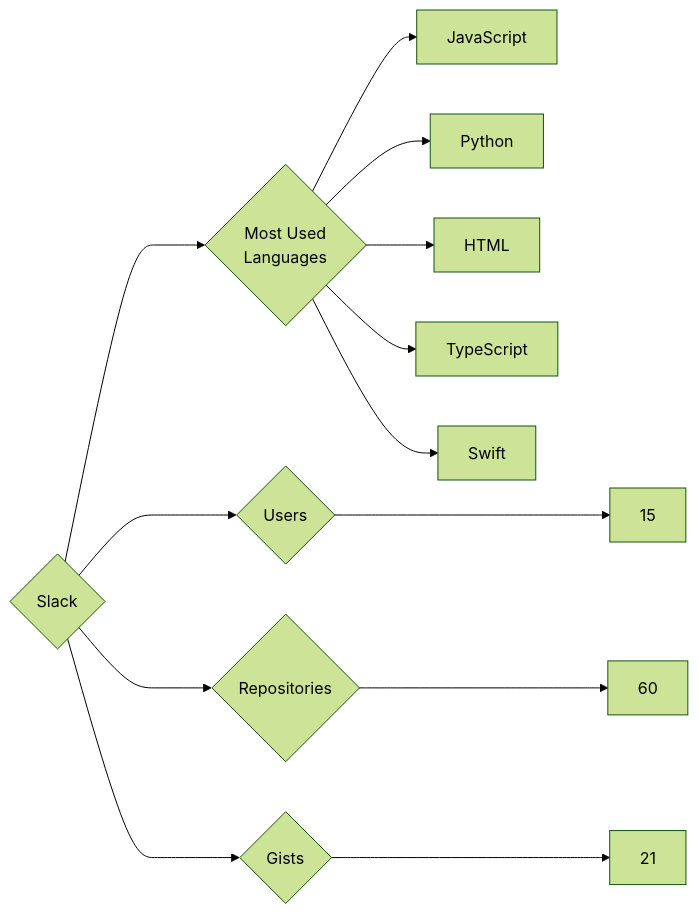
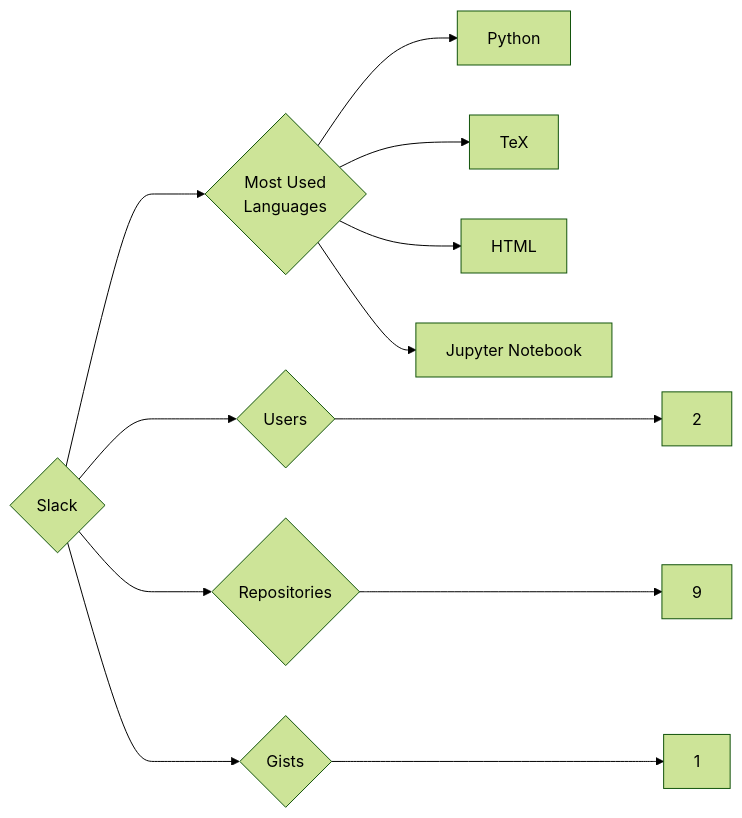
One commit to trickest/insiders changed the diagram in targets/Slack/README.md. Above: the diagram before and after it, drawn with Mermaid (forest theme). The commit also changed 444 other files, not shown here.

````diff
--- a/targets/Slack/README.md
+++ b/targets/Slack/README.md
@@ -3,13 +3,12 @@
 ```mermaid
 graph LR
 COMPANY_NAME{Slack}
-COMPANY_NAME ---> U{Users} ---> UN[15]
-COMPANY_NAME ---> R{Repositories} ---> RN[60]
-COMPANY_NAME ---> G{Gists} ---> GN[21]
+COMPANY_NAME ---> U{Users} ---> UN[2]
+COMPANY_NAME ---> R{Repositories} ---> RN[9]
+COMPANY_NAME ---> G{Gists} ---> GN[1]
 COMPANY_NAME ---> ML{Most Used<br>Languages}
-ML --> JavaScript[JavaScript]
 ML --> Python[Python]
+ML --> TeX[TeX]
 ML --> HTML[HTML]
-ML --> TypeScript[TypeScript]
-ML --> Swift[Swift]
+ML --> Jupyter_Notebook[Jupyter Notebook]
 ```
````
